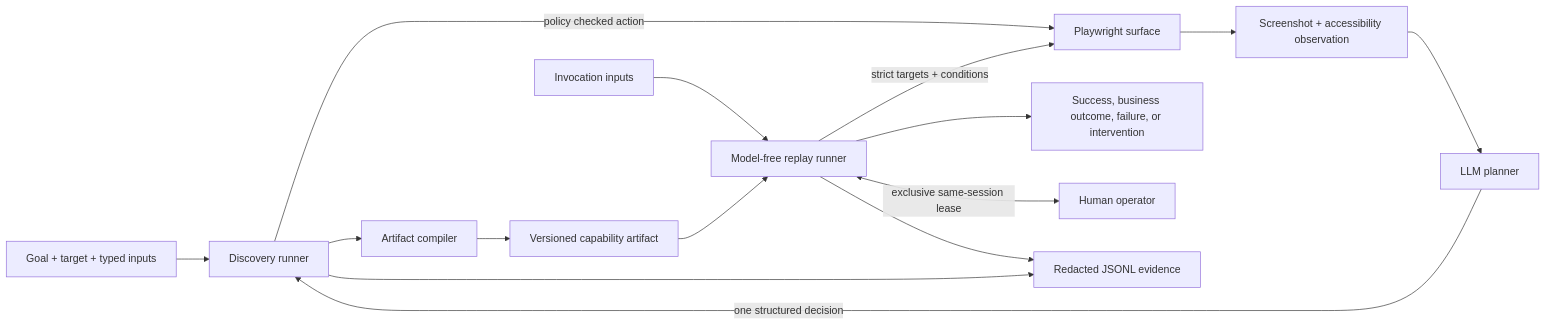
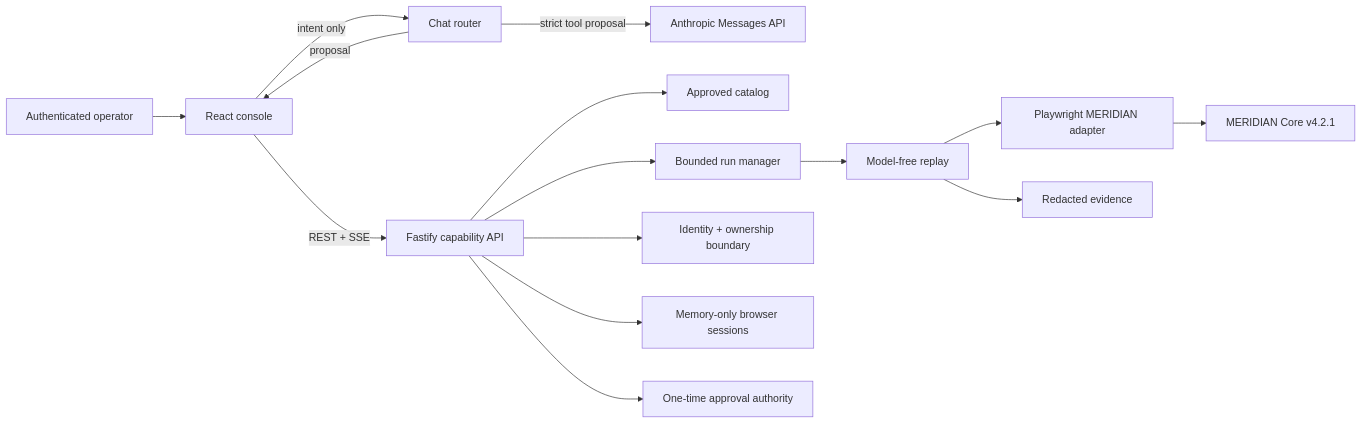
Before and after one commit to guptavivek2709/Interface-AI: the diagram in README.md, drawn with Mermaid. The commit also changed other lines of this file and 90 other files, not shown here.

````diff
--- a/README.md
+++ b/README.md
@@ -19,17 +26,17 @@
 ```mermaid
 flowchart LR
-    G["Goal + target + typed inputs"] --> D["Discovery runner"]
-    O["Screenshot + accessibility observation"] --> P["LLM planner"]
-    P -->|"one structured decision"| D
-    D -->|"policy checked action"| S["Playwright surface"]
-    S --> O
-    D --> C["Artifact compiler"]
-    C --> A["Versioned capability artifact"]
-    A --> R["Model-free replay runner"]
-    I["Invocation inputs"] --> R
-    R -->|"strict targets + conditions"| S
-    R --> X["Success, business outcome, failure, or intervention"]
-    R <-->|"exclusive same-session lease"| H["Human operator"]
-    D --> E["Redacted JSONL evidence"]
-    R --> E
+    U["Authenticated operator"] --> W["React console"]
+    W -->|"REST + SSE"| A["Fastify capability API"]
+    W -->|"intent only"| C["Chat router"]
+    C -->|"strict tool proposal"| H["Anthropic Messages API"]
+    C -->|"proposal"| W
+    A --> G["Approved catalog"]
+    A --> Q["Bounded run manager"]
+    Q --> R["Model-free replay"]
+    R --> P["Playwright MERIDIAN adapter"]
+    P --> M["MERIDIAN Core v4.2.1"]
+    R --> E["Redacted evidence"]
+    A --> I["Identity + ownership boundary"]
+    A --> S["Memory-only browser sessions"]
+    A --> T["One-time approval authority"]
 ```
````
